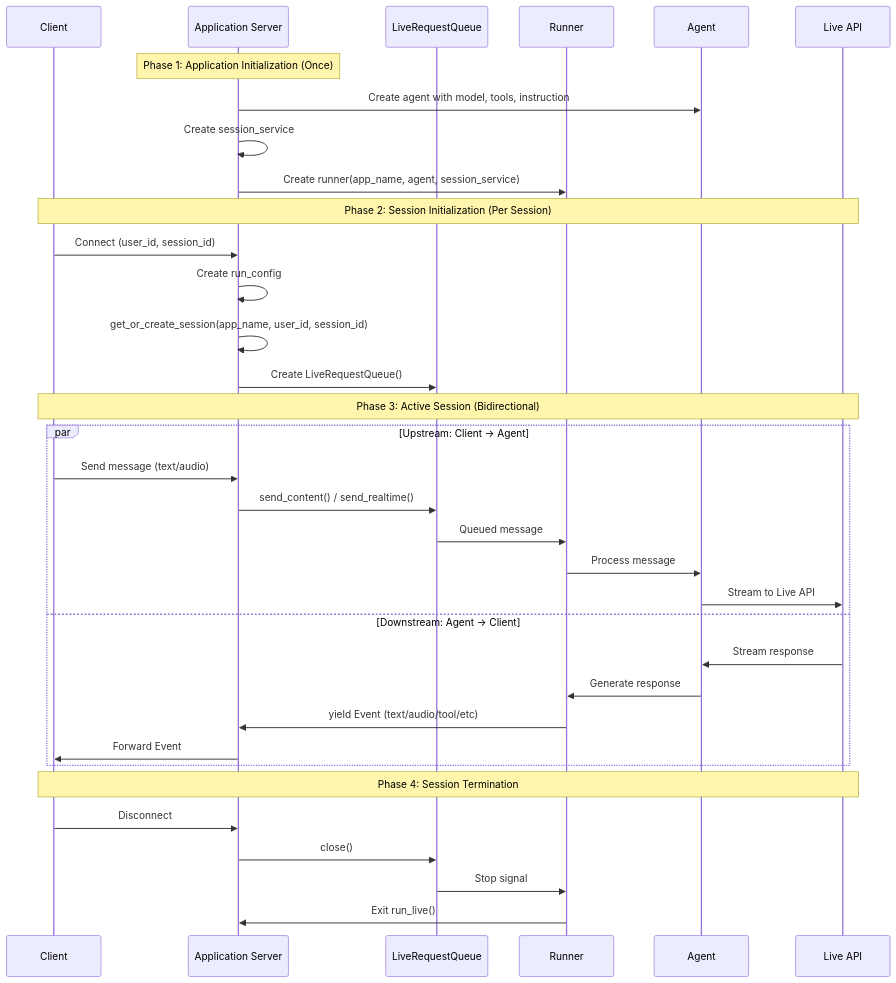
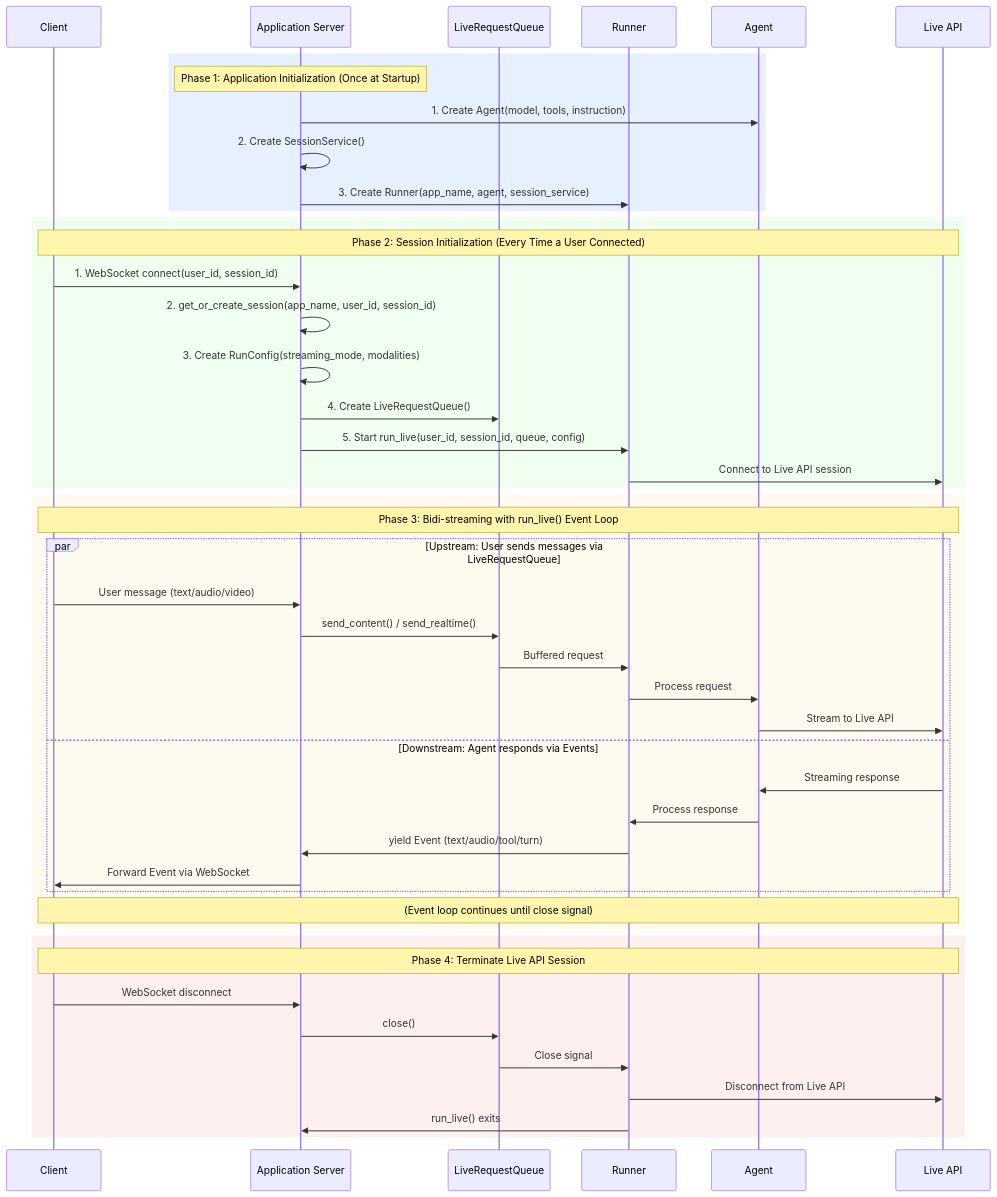
Before and after one commit to kazunori279/adk-streaming-guide: the third of 3 diagrams in docs/part1_intro.md, drawn with Mermaid. The commit also changed other lines of this file and 2 other files, not shown here.

Commit message:
docs: clarify ADK/Live API session relationship and run_live() exit conditions
Add comprehensive documentation to distinguish ADK Sessions from Live API Sessions and document all scenarios when run_live() terminates. This clarification helps developers understand the dual-session architecture and plan for connection lifecycle management.

🤖 Generated with [Claude Code](https://claude.com/claude-code)

````diff
--- a/docs/part1_intro.md
+++ b/docs/part1_intro.md
@@ -303,40 +315,54 @@
 ```mermaid
 sequenceDiagram
     participant Client
     participant App as Application Server
     participant Queue as LiveRequestQueue
     participant Runner
     participant Agent
     participant API as Live API
 
-    Note over App: Phase 1: Application Initialization (Once)
-    App->>Agent: Create agent with model, tools, instruction
-    App->>App: Create session_service
-    App->>Runner: Create runner(app_name, agent, session_service)
-
-    Note over Client,API: Phase 2: Session Initialization (Per Session)
-    Client->>App: Connect (user_id, session_id)
-    App->>App: Create run_config
-    App->>App: get_or_create_session(app_name, user_id, session_id)
-    App->>Queue: Create LiveRequestQueue()
-
-    Note over Client,API: Phase 3: Active Session (Bidirectional)
-    par Upstream: Client → Agent
-        Client->>App: Send message (text/audio)
-        App->>Queue: send_content() / send_realtime()
-        Queue->>Runner: Queued message
-        Runner->>Agent: Process message
-        Agent->>API: Stream to Live API
-    and Downstream: Agent → Client
-        API->>Agent: Stream response
-        Agent->>Runner: Generate response
-        Runner->>App: yield Event (text/audio/tool/etc)
-        App->>Client: Forward Event
+    rect rgb(230, 240, 255)
+        Note over App: Phase 1: Application Initialization (Once at Startup)
+        App->>Agent: 1. Create Agent(model, tools, instruction)
+        App->>App: 2. Create SessionService()
+        App->>Runner: 3. Create Runner(app_name, agent, session_service)
     end
 
-    Note over Client,API: Phase 4: Session Termination
-    Client->>App: Disconnect
-    App->>Queue: close()
-    Queue->>Runner: Stop signal
-    Runner->>App: Exit run_live()
+    rect rgb(240, 255, 240)
+        Note over Client,API: Phase 2: Session Initialization (Every Time a User Connected)
+        Client->>App: 1. WebSocket connect(user_id, session_id)
+        App->>App: 2. get_or_create_session(app_name, user_id, session_id)
+        App->>App: 3. Create RunConfig(streaming_mode, modalities)
+        App->>Queue: 4. Create LiveRequestQueue()
+        App->>Runner: 5. Start run_live(user_id, session_id, queue, config)
+        Runner->>API: Connect to Live API session
+    end
+
+    rect rgb(255, 250, 240)
+        Note over Client,API: Phase 3: Bidi-streaming with run_live() Event Loop
+
+        par Upstream: User sends messages via LiveRequestQueue
+            Client->>App: User message (text/audio/video)
+            App->>Queue: send_content() / send_realtime()
+            Queue->>Runner: Buffered request
+            Runner->>Agent: Process request
+            Agent->>API: Stream to Live API
+        and Downstream: Agent responds via Events
+            API->>Agent: Streaming response
+            Agent->>Runner: Process response
+            Runner->>App: yield Event (text/audio/tool/turn)
+            App->>Client: Forward Event via WebSocket
+        end
+
+        Note over Client,API: (Event loop continues until close signal)
+    end
+
+    rect rgb(255, 240, 240)
+        Note over Client,API: Phase 4: Terminate Live API Session
+        Client->>App: WebSocket disconnect
+        App->>Queue: close()
+        Queue->>Runner: Close signal
+        Runner->>API: Disconnect from Live API
+        Runner->>App: run_live() exits
+    end
 ```
````
